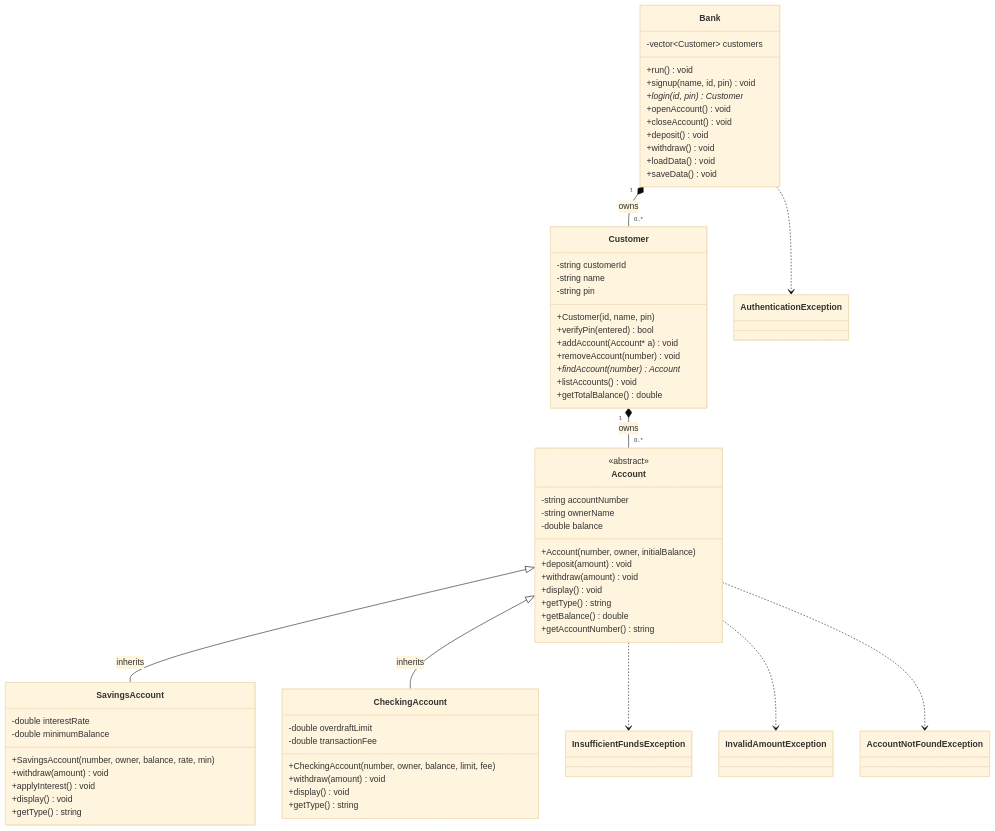
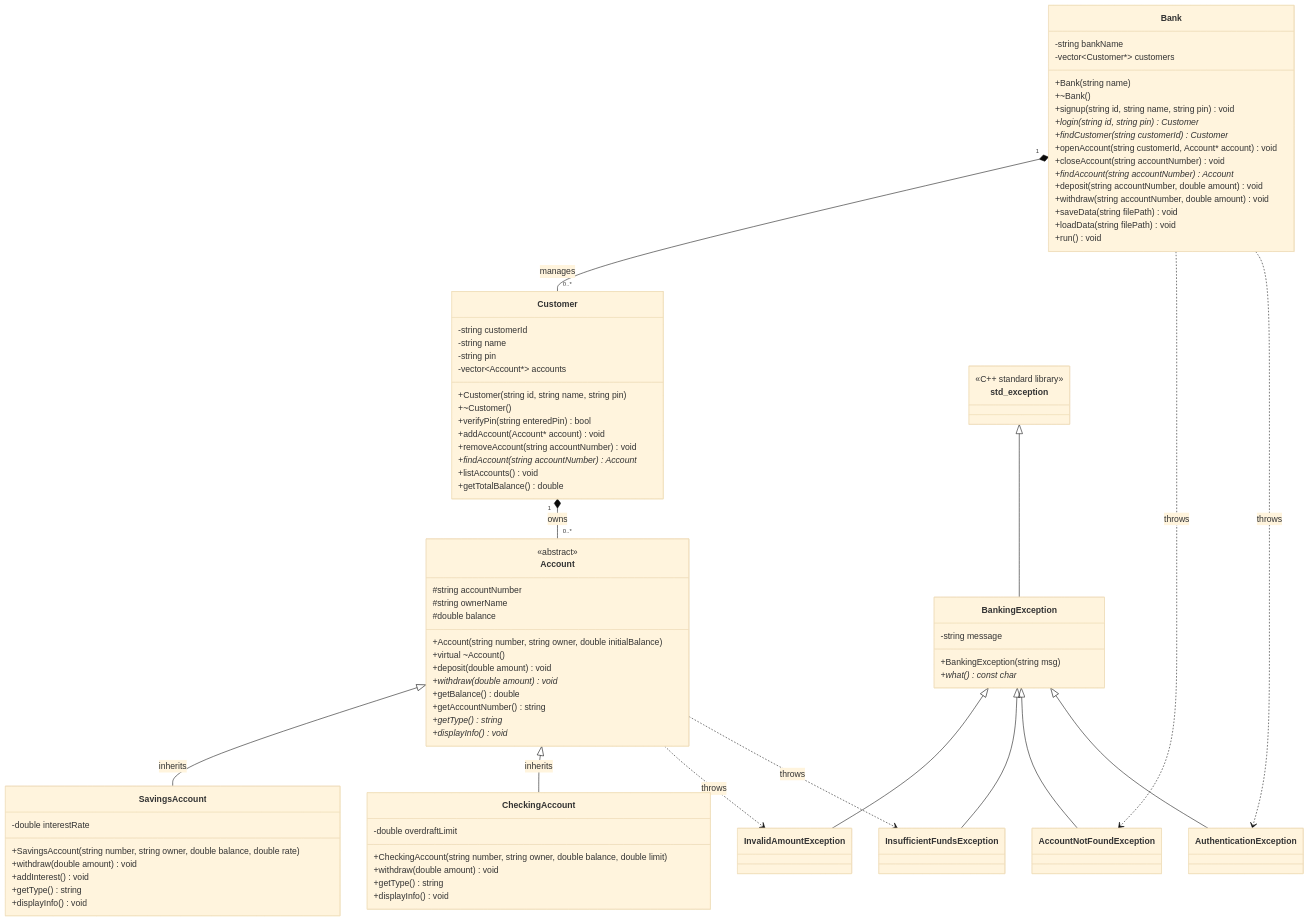
One commit to ymukhsin/bank-account-manager changed the diagram in uml.mmd. Above: the diagram before and after it, drawn with Mermaid (base theme). The commit also changed 1 other file, not shown here.

Commit message:
docs: finalize course-aligned UML diagram in README and uml.mmd

```diff
--- a/uml.mmd
+++ b/uml.mmd
@@ -1,73 +1,96 @@
 classDiagram
-    class Account {
-        <<abstract>>
-        -string accountNumber
-        -string ownerName
-        -double balance
-        +Account(number, owner, initialBalance)
-        +deposit(amount) void
-        +withdraw(amount) void
-        +display() void
-        +getType() string
-        +getBalance() double
-        +getAccountNumber() string
-    }
+    direction TB
 
-    class SavingsAccount {
-        -double interestRate
-        -double minimumBalance
-        +SavingsAccount(number, owner, balance, rate, min)
-        +withdraw(amount) void
-        +applyInterest() void
-        +display() void
-        +getType() string
-    }
-
-    class CheckingAccount {
-        -double overdraftLimit
-        -double transactionFee
-        +CheckingAccount(number, owner, balance, limit, fee)
-        +withdraw(amount) void
-        +display() void
-        +getType() string
+    class Bank {
+        -string bankName
+        -vector~Customer*~ customers
+        +Bank(string name)
+        +~Bank()
+        +signup(string id, string name, string pin) void
+        +login(string id, string pin) Customer*
+        +findCustomer(string customerId) Customer*
+        +openAccount(string customerId, Account* account) void
+        +closeAccount(string accountNumber) void
+        +findAccount(string accountNumber) Account*
+        +deposit(string accountNumber, double amount) void
+        +withdraw(string accountNumber, double amount) void
+        +saveData(string filePath) void
+        +loadData(string filePath) void
+        +run() void
     }
 
     class Customer {
         -string customerId
         -string name
         -string pin
-        +Customer(id, name, pin)
-        +verifyPin(entered) bool
-        +addAccount(Account* a) void
-        +removeAccount(number) void
-        +findAccount(number) Account*
+        -vector~Account*~ accounts
+        +Customer(string id, string name, string pin)
+        +~Customer()
+        +verifyPin(string enteredPin) bool
+        +addAccount(Account* account) void
+        +removeAccount(string accountNumber) void
+        +findAccount(string accountNumber) Account*
         +listAccounts() void
         +getTotalBalance() double
     }
 
-    class Bank {
-        -vector~Customer~ customers
-        +run() void
-        +signup(name, id, pin) void
-        +login(id, pin) Customer*
-        +openAccount() void
-        +closeAccount() void
-        +deposit() void
-        +withdraw() void
-        +loadData() void
-        +saveData() void
+    class Account {
+        <<abstract>>
+        #string accountNumber
+        #string ownerName
+        #double balance
+        +Account(string number, string owner, double initialBalance)
+        +virtual ~Account()
+        +deposit(double amount) void
+        +withdraw(double amount)* void
+        +getBalance() double
+        +getAccountNumber() string
+        +getType() string*
+        +displayInfo() void*
     }
 
+    class SavingsAccount {
+        -double interestRate
+        +SavingsAccount(string number, string owner, double balance, double rate)
+        +withdraw(double amount) void
+        +addInterest() void
+        +getType() string
+        +displayInfo() void
+    }
+
+    class CheckingAccount {
+        -double overdraftLimit
+        +CheckingAccount(string number, string owner, double balance, double limit)
+        +withdraw(double amount) void
+        +getType() string
+        +displayInfo() void
+    }
+
+    class std_exception {
+        <<C++ standard library>>
+    }
+    class BankingException {
+        -string message
+        +BankingException(string msg)
+        +what() const char*
+    }
+    class InvalidAmountException
     class InsufficientFundsException
-    class InvalidAmountException
     class AccountNotFoundException
     class AuthenticationException
 
+    Bank "1" *-- "0..*" Customer : manages
+    Customer "1" *-- "0..*" Account : owns
     Account <|-- SavingsAccount : inherits
     Account <|-- CheckingAccount : inherits
-    Customer "1" *-- "0..*" Account : owns
-    Bank "1" *-- "0..*" Customer : owns
-    Account ..> InsufficientFundsException
-    Account ..> InvalidAmountException
-    Account ..> AccountNotFoundException
-    Bank ..> AuthenticationException
+
+    std_exception <|-- BankingException
+    BankingException <|-- InvalidAmountException
+    BankingException <|-- InsufficientFundsException
+    BankingException <|-- AccountNotFoundException
+    BankingException <|-- AuthenticationException
+
+    Account ..> InvalidAmountException : throws
+    Account ..> InsufficientFundsException : throws
+    Bank ..> AccountNotFoundException : throws
+    Bank ..> AuthenticationException : throws
```
